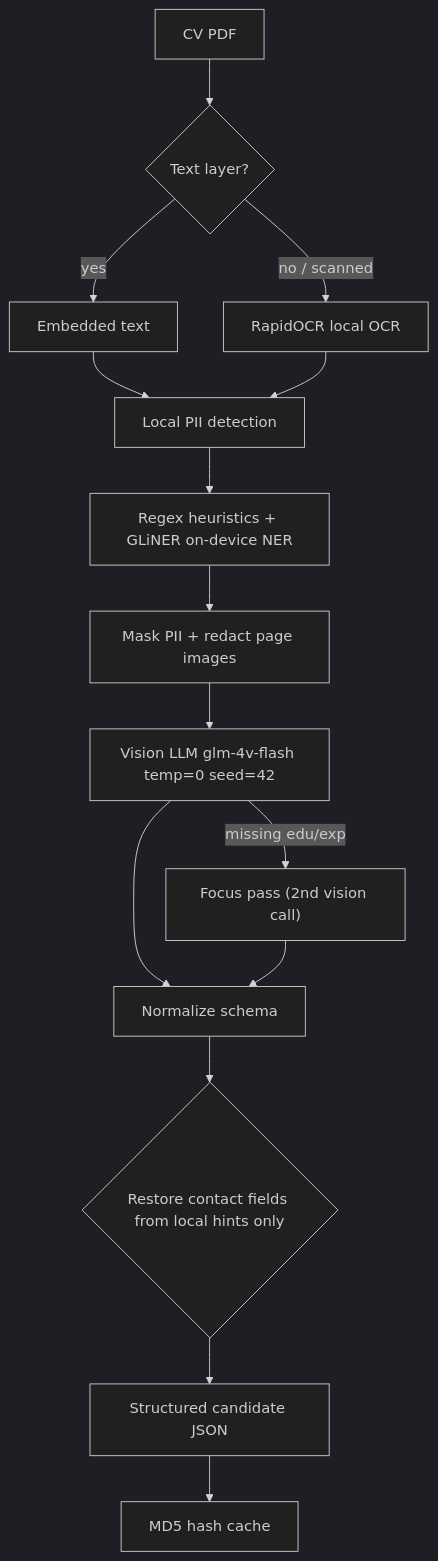
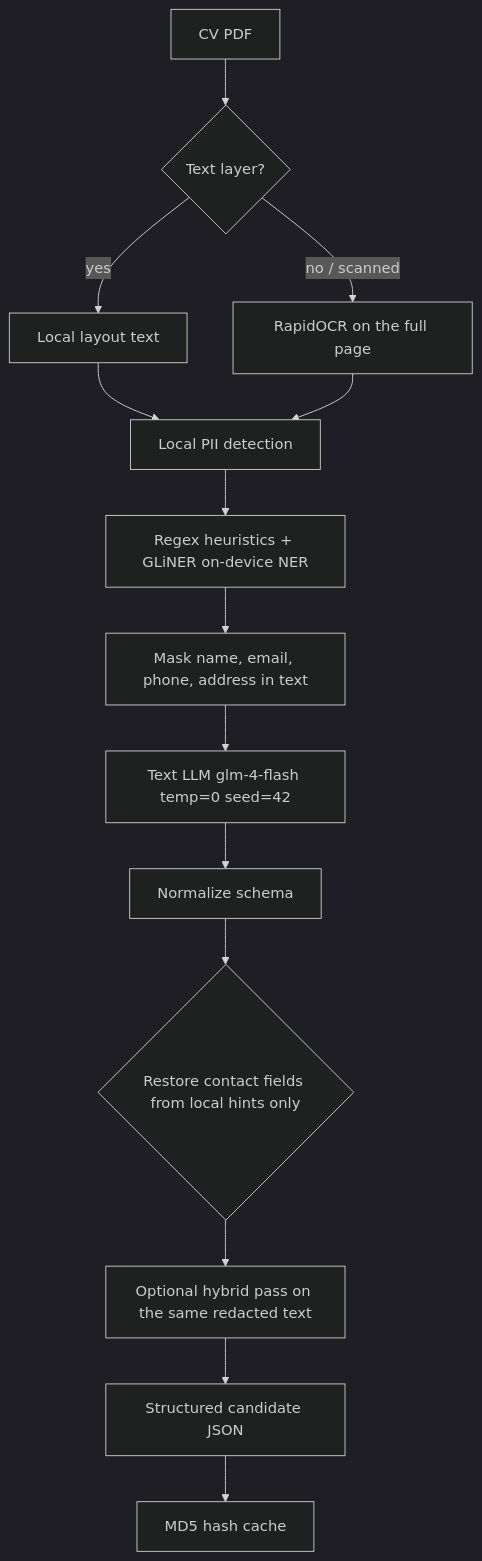
Before and after one commit to sagee1125/agent-cv-screening: the third of 7 diagrams in docs/overall-logic-summary.md, drawn with Mermaid (dark theme). The commit also changed other lines of this file and 18 other files, not shown here.

First line of the commit message:
Read CVs locally and send only redacted text to the model.

````diff
--- a/docs/overall-logic-summary.md
+++ b/docs/overall-logic-summary.md
@@ -157,17 +157,16 @@
 ```mermaid
 flowchart TD
     A[CV PDF] --> B{Text layer?}
-    B -- yes --> D[Embedded text]
-    B -- no / scanned --> E[RapidOCR local OCR]
+    B -- yes --> D[Local layout text]
+    B -- no / scanned --> E[RapidOCR on the full page]
     D --> F[Local PII detection]
     E --> F
     F --> G[Regex heuristics + GLiNER on-device NER]
-    G --> H[Mask PII + redact page images]
-    H --> I[Vision LLM glm-4v-flash temp=0 seed=42]
-    I -->|"missing edu/exp"| I2["Focus pass (2nd vision call)"]
+    G --> H[Mask name, email, phone, address in text]
+    H --> I[Text LLM glm-4-flash temp=0 seed=42]
     I --> J[Normalize schema]
-    I2 --> J
     J --> K{Restore contact fields from local hints only}
-    K --> L[Structured candidate JSON]
-    L --> M[MD5 hash cache]
+    K --> L[Optional hybrid pass on the same redacted text]
+    L --> M[Structured candidate JSON]
+    M --> N[MD5 hash cache]
 ```
````
